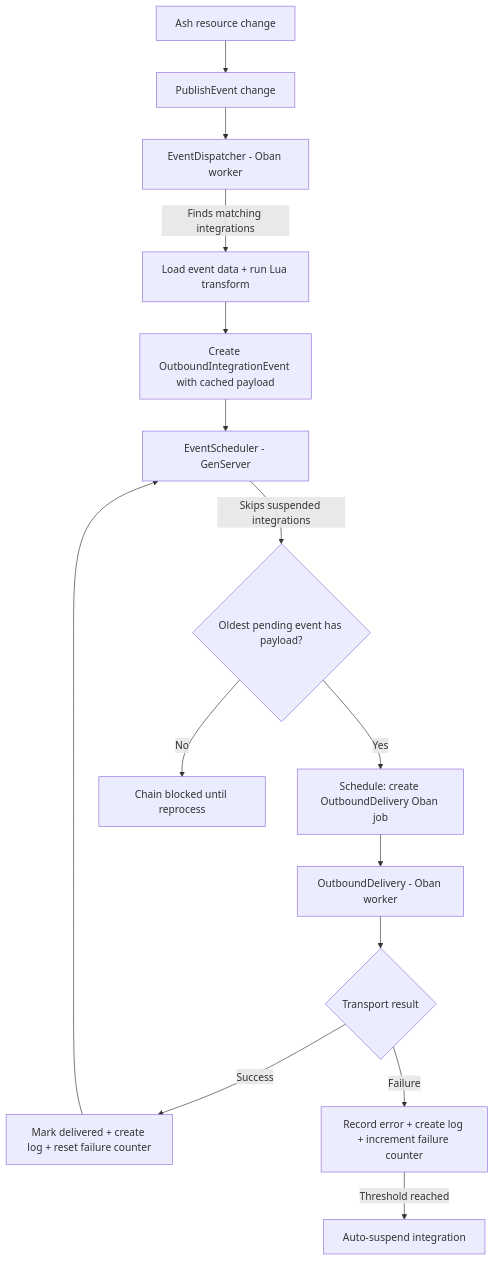
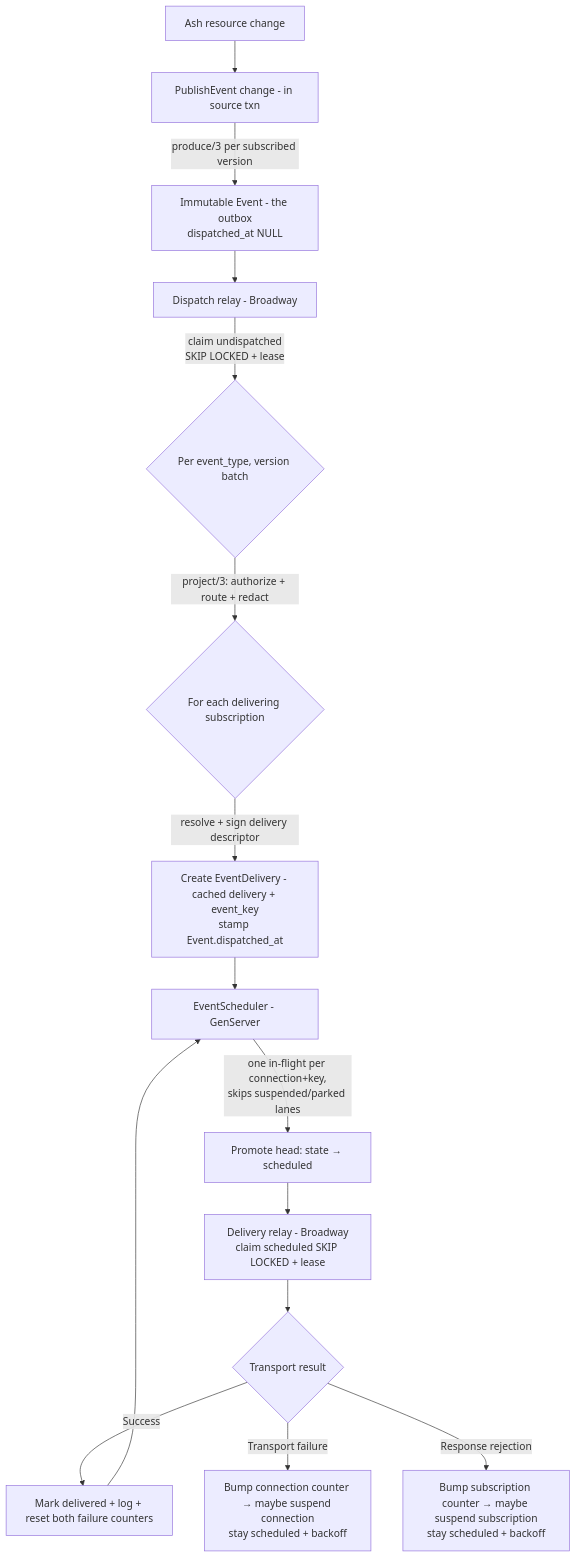
Before and after one commit to emadshaaban92/ash_integration: the diagram in guides/delivery-pipeline.md, drawn with Mermaid. The commit also changed other lines of this file and 271 other files, not shown here.

````diff
--- a/guides/delivery-pipeline.md
+++ b/guides/delivery-pipeline.md
@@ -32,18 +59,18 @@
 ```mermaid
-%% title: Delivery Pipeline Flow
+%% title: Event-First Delivery Pipeline
 graph TD
-    A[Ash resource change] --> B[PublishEvent change]
-    B --> C[EventDispatcher - Oban worker]
-    C -->|Finds matching integrations| D[Load event data + run Lua transform]
-    D --> E[Create OutboundIntegrationEvent with cached payload]
-    E --> F[EventScheduler - GenServer]
-    F -->|Skips suspended integrations| G{Oldest pending event has payload?}
-    G -->|Yes| H[Schedule: create OutboundDelivery Oban job]
-    G -->|No| I[Chain blocked until reprocess]
-    H --> J[OutboundDelivery - Oban worker]
-    J --> K{Transport result}
-    K -->|Success| L[Mark delivered + create log + reset failure counter]
-    K -->|Failure| M[Record error + create log + increment failure counter]
-    M -->|Threshold reached| N[Auto-suspend integration]
-    L --> F
+    A[Ash resource change] --> B[PublishEvent change - in source txn]
+    B -->|produce/3 per subscribed version| O[Immutable Event - the outbox<br/>dispatched_at NULL]
+    O --> C[Dispatch relay - Broadway]
+    C -->|claim undispatched<br/>SKIP LOCKED + lease| D{Per event_type, version batch}
+    D -->|project/3: authorize + route + redact| E{For each delivering subscription}
+    E -->|resolve + sign delivery descriptor| F[Create EventDelivery - cached delivery + event_key<br/>stamp Event.dispatched_at]
+    F --> G[EventScheduler - GenServer]
+    G -->|one in-flight per connection+key,<br/>skips suspended/parked lanes| H[Promote head: state → scheduled]
+    H --> I[Delivery relay - Broadway<br/>claim scheduled SKIP LOCKED + lease]
+    I --> J{Transport result}
+    J -->|Success| K[Mark delivered + log + reset both failure counters]
+    J -->|Transport failure| L[Bump connection counter → maybe suspend connection<br/>stay scheduled + backoff]
+    J -->|Response rejection| M[Bump subscription counter → maybe suspend subscription<br/>stay scheduled + backoff]
+    K --> G
 ```
````
